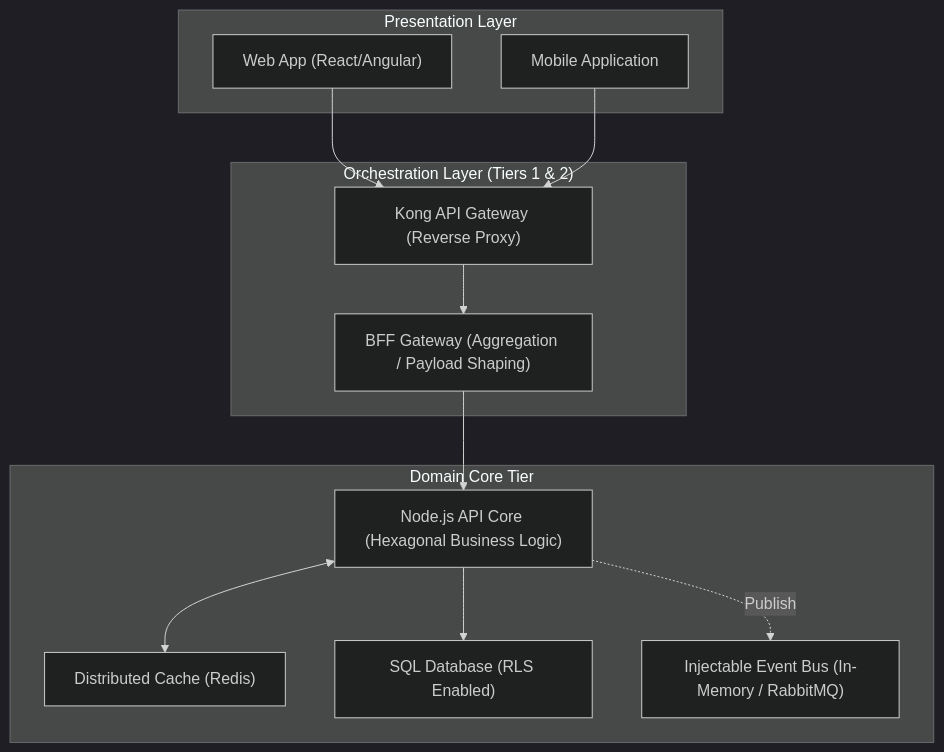
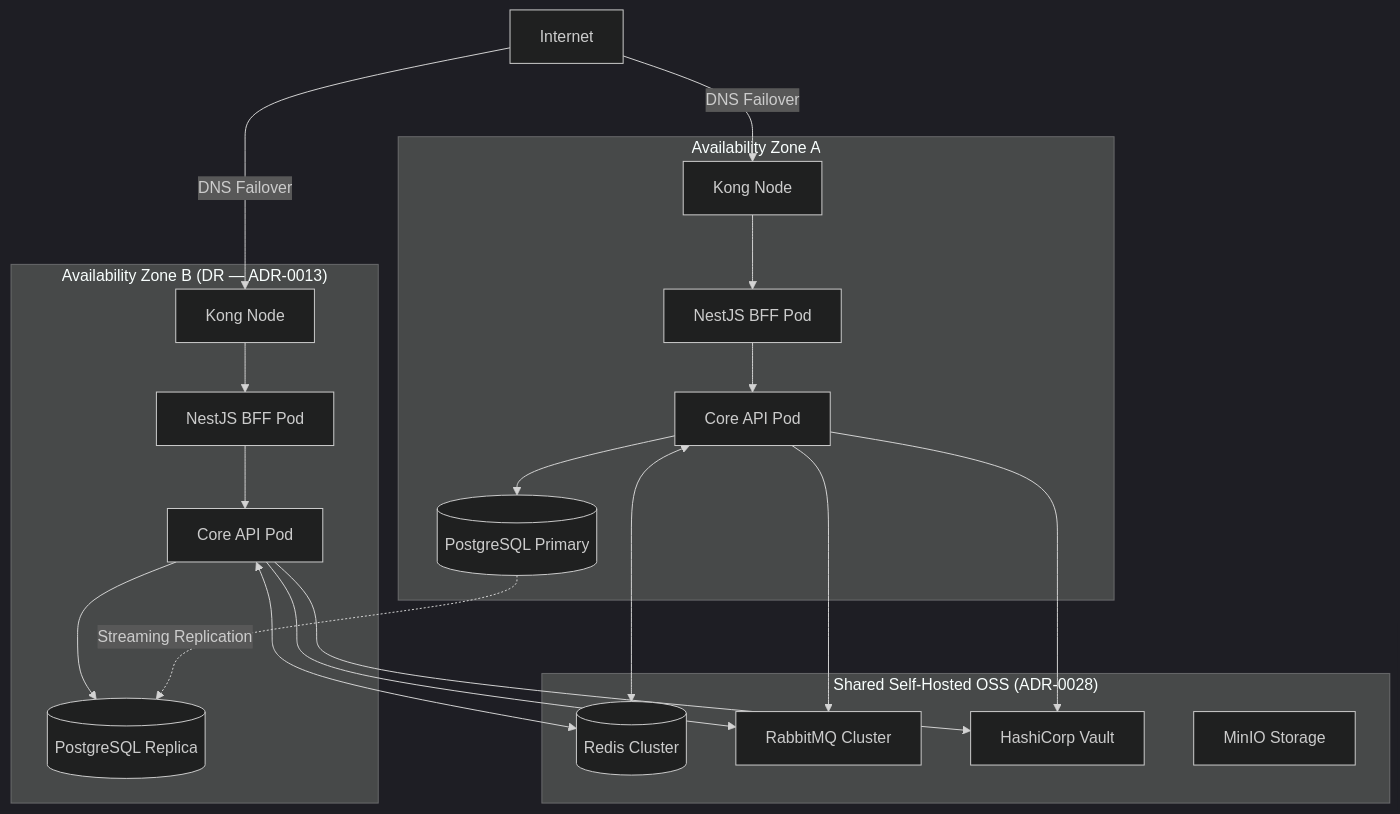
One commit to beyondnetcode/arc32_progresive_monolith changed the sixth of 6 diagrams in arc-nodejs-workspace/docs/02-architecture/reference-architecture-nodejs-arc42.md. Above: the diagram before and after it, drawn with Mermaid (dark theme). The commit also changed other lines of this file, not shown here.

Commit message:
docs(arc32): full architectural audit - map all 30 ADRs across C4 diagrams, sequence flows, and quality matrix

````diff
--- a/arc-nodejs-workspace/docs/02-architecture/reference-architecture-nodejs-arc42.md
+++ b/arc-nodejs-workspace/docs/02-architecture/reference-architecture-nodejs-arc42.md
@@ -101,27 +294,31 @@
 ```mermaid
 graph TD
-    subgraph Clients["Presentation Layer"]
-        FrontApp["Web App (React/Angular)"]
-        MobileApp["Mobile Application"]
+    subgraph CloudZoneA["Availability Zone A"]
+        KongA["Kong Node"]
+        BFFA["NestJS BFF Pod"]
+        APIA["Core API Pod"]
+        PgPrimary[("PostgreSQL Primary")]
     end
 
-    subgraph GatewayLayer["Orchestration Layer (Tiers 1 & 2)"]
-        KongIngress["Kong API Gateway (Reverse Proxy)"]
-        BFF["BFF Gateway (Aggregation / Payload Shaping)"]
+    subgraph CloudZoneB["Availability Zone B (DR — ADR-0013)"]
+        KongB["Kong Node"]
+        BFFB["NestJS BFF Pod"]
+        APIB["Core API Pod"]
+        PgReplica[("PostgreSQL Replica")]
     end
 
-    subgraph CoreServices["Domain Core Tier"]
-        NodeAPI["Node.js API Core (Hexagonal Business Logic)"]
-        FastCache["Distributed Cache (Redis)"]
-        MainDB["SQL Database (RLS Enabled)"]
-        EventBus["Injectable Event Bus (In-Memory / RabbitMQ)"]
+    subgraph SharedInfra["Shared Self-Hosted OSS (ADR-0028)"]
+        Redis[("Redis Cluster")]
+        RabbitMQ["RabbitMQ Cluster"]
+        Vault["HashiCorp Vault"]
+        MinIO["MinIO Storage"]
     end
 
-    FrontApp --> KongIngress
-    MobileApp --> KongIngress
-    KongIngress --> BFF
-    BFF --> NodeAPI
-    NodeAPI --> MainDB
-    NodeAPI <--> FastCache
-    NodeAPI -.->|Publish| EventBus
+    Internet -->|DNS Failover| KongA & KongB
+    KongA --> BFFA --> APIA --> PgPrimary
+    KongB --> BFFB --> APIB --> PgReplica
+    PgPrimary -.->|Streaming Replication| PgReplica
+    APIA & APIB <--> Redis
+    APIA & APIB --> RabbitMQ
+    APIA & APIB --> Vault
 ```
````
